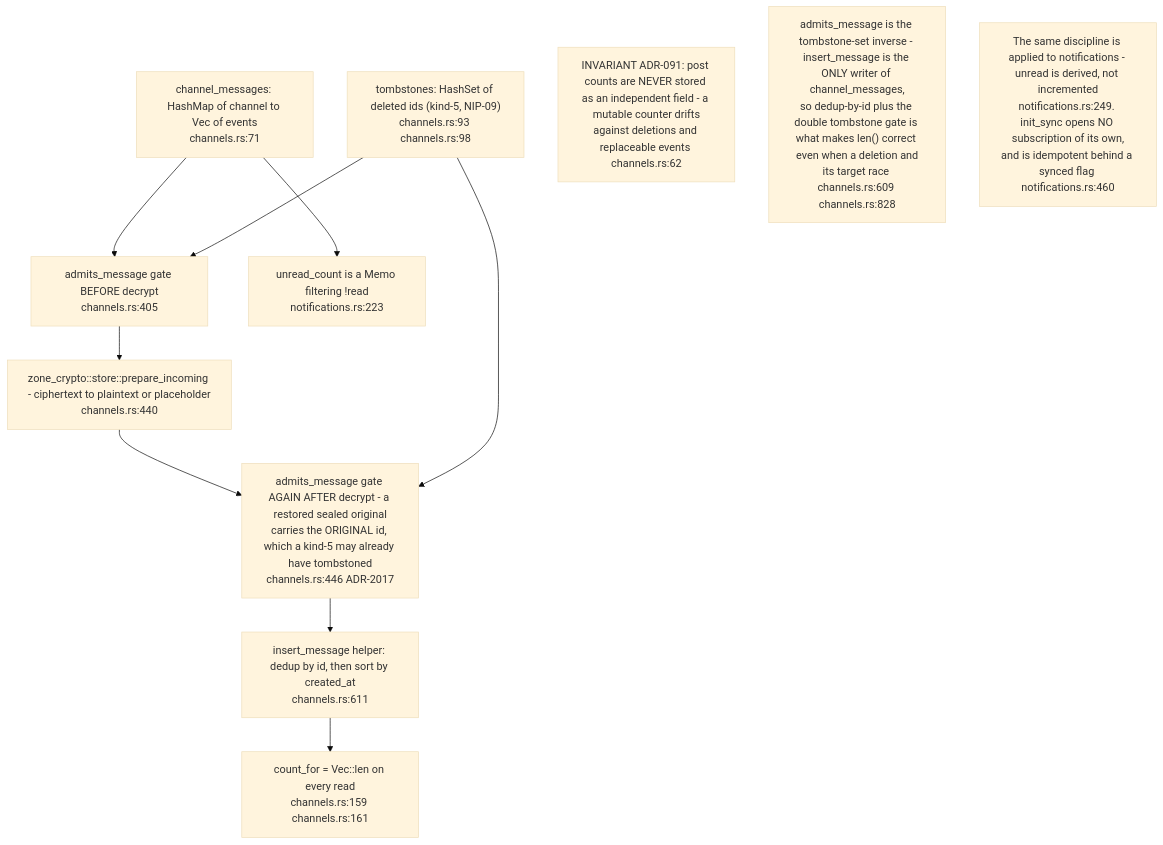
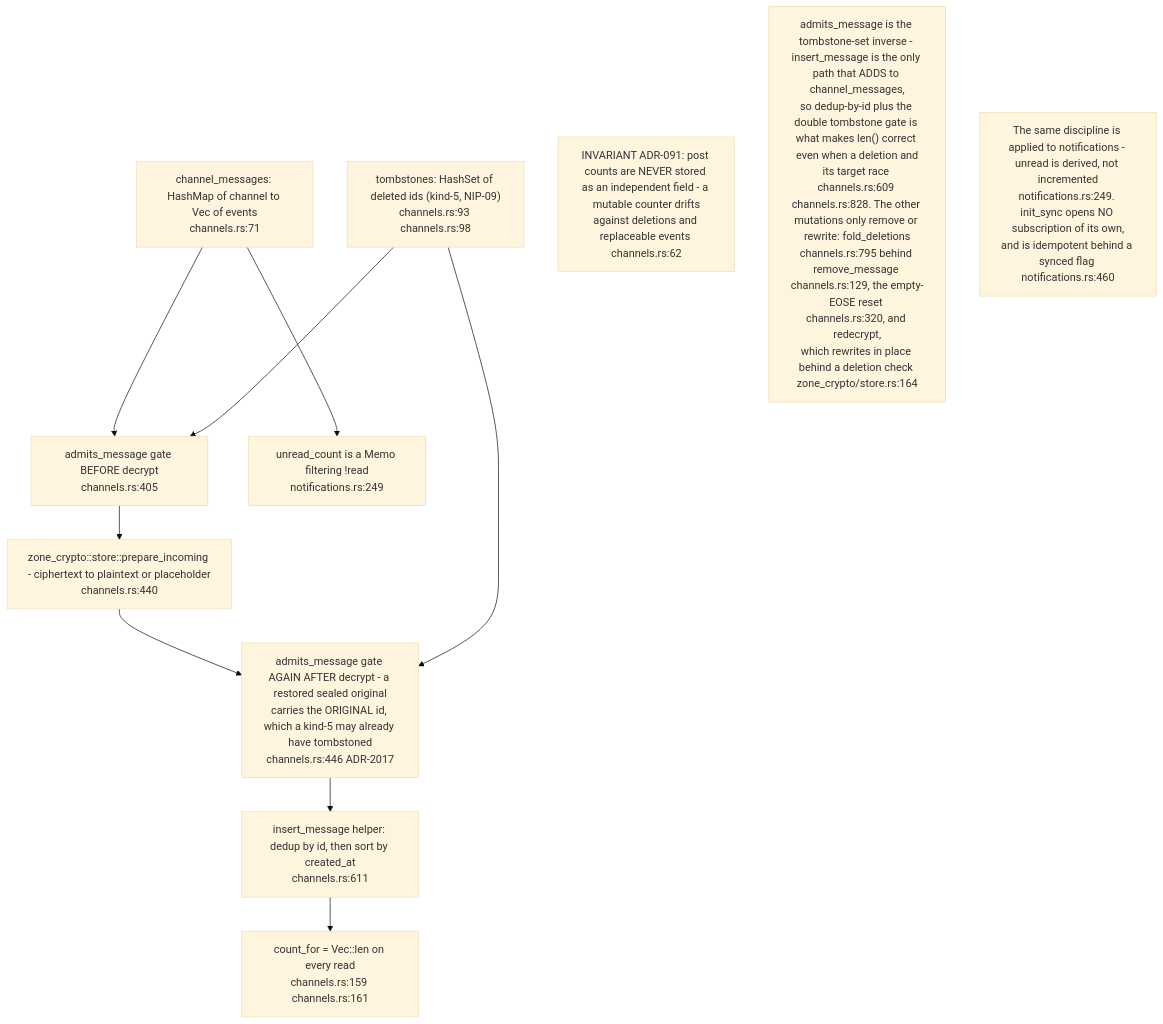
Before and after one commit to DreamLab-AI/VisionFlow: the sixth of 17 diagrams in docs/diagrams/nostr-rust-forum/05-leptos-clients-onboarding-messaging-governance.md, drawn with Mermaid (base theme). The commit also changed other lines of this file and 91 other files, not shown here.

````diff
--- a/docs/diagrams/nostr-rust-forum/05-leptos-clients-onboarding-messaging-governance.md
+++ b/docs/diagrams/nostr-rust-forum/05-leptos-clients-onboarding-messaging-governance.md
@@ -234,20 +237,20 @@
 ```mermaid
 flowchart TB
     EVS["channel_messages: HashMap of channel to Vec of events<br/>channels.rs:71"]
     TOMB["tombstones: HashSet of deleted ids (kind-5, NIP-09)<br/>channels.rs:93 channels.rs:98"]
     GATE1["admits_message gate BEFORE decrypt<br/>channels.rs:405"]
     DEC["zone_crypto::store::prepare_incoming - ciphertext to plaintext or placeholder<br/>channels.rs:440"]
     GATE2["admits_message gate AGAIN AFTER decrypt - a restored sealed original<br/>carries the ORIGINAL id, which a kind-5 may already have tombstoned<br/>channels.rs:446 ADR-2017"]
     INS["insert_message helper: dedup by id, then sort by created_at<br/>channels.rs:611"]
     CNT["count_for = Vec::len on every read<br/>channels.rs:159 channels.rs:161"]
-    UNREAD["unread_count is a Memo filtering !read<br/>notifications.rs:223"]
+    UNREAD["unread_count is a Memo filtering !read<br/>notifications.rs:249"]
 
     EVS --> GATE1 --> DEC --> GATE2 --> INS --> CNT
     TOMB --> GATE1
     TOMB --> GATE2
     EVS --> UNREAD
 
     N1["INVARIANT ADR-091: post counts are NEVER stored as an independent field - a mutable counter drifts<br/>against deletions and replaceable events channels.rs:62"]
-    N2["admits_message is the tombstone-set inverse - insert_message is the ONLY writer of channel_messages,<br/>so dedup-by-id plus the double tombstone gate is what makes len() correct even when a deletion and<br/>its target race channels.rs:609 channels.rs:828"]
+    N2["admits_message is the tombstone-set inverse - insert_message is the only path that ADDS to channel_messages,<br/>so dedup-by-id plus the double tombstone gate is what makes len() correct even when a deletion and<br/>its target race channels.rs:609 channels.rs:828. The other mutations only remove or rewrite: fold_deletions<br/>channels.rs:795 behind remove_message channels.rs:129, the empty-EOSE reset channels.rs:320, and redecrypt,<br/>which rewrites in place behind a deletion check zone_crypto/store.rs:164"]
     N3["The same discipline is applied to notifications - unread is derived, not incremented<br/>notifications.rs:249. init_sync opens NO subscription of its own,<br/>and is idempotent behind a synced flag notifications.rs:460"]
 ```
````
